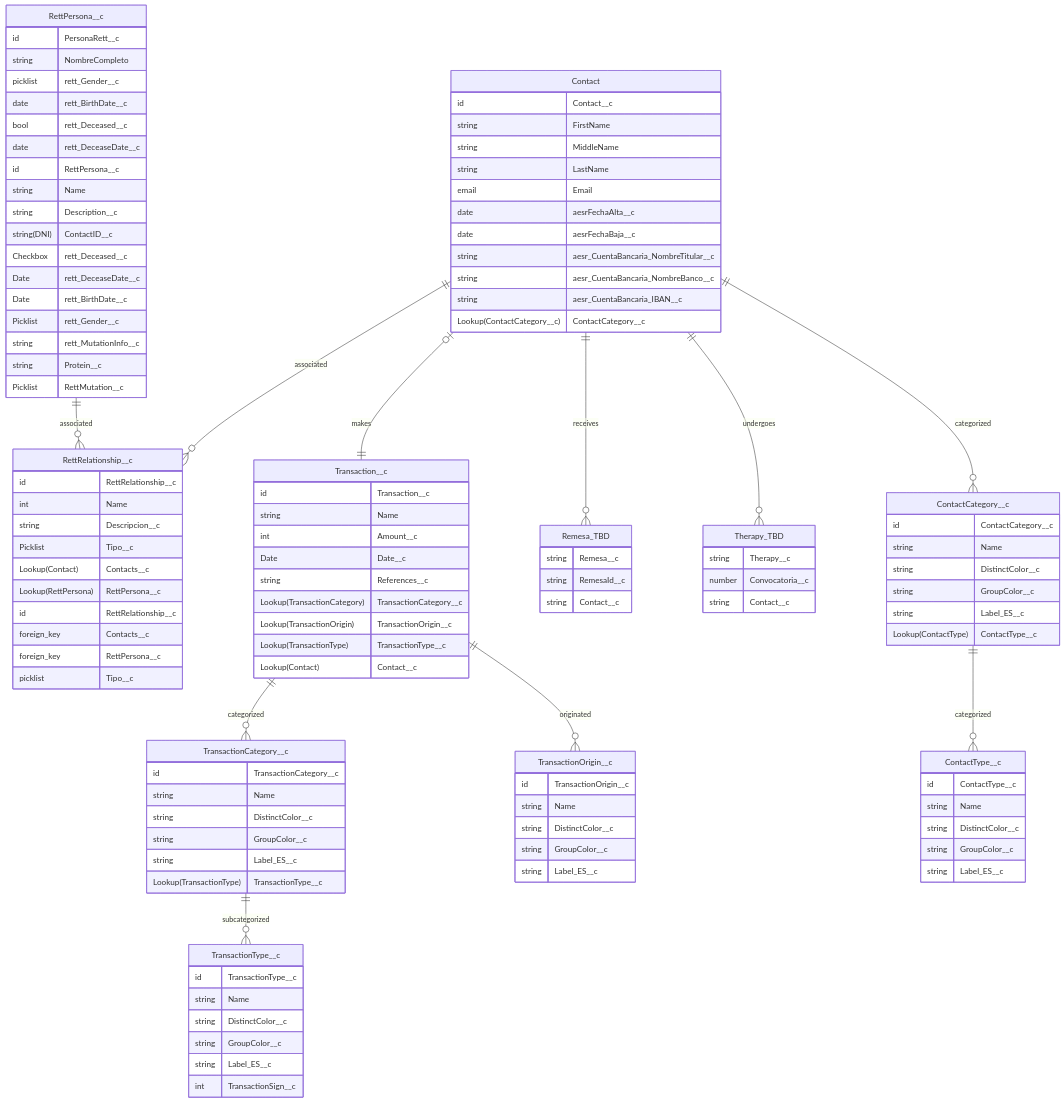
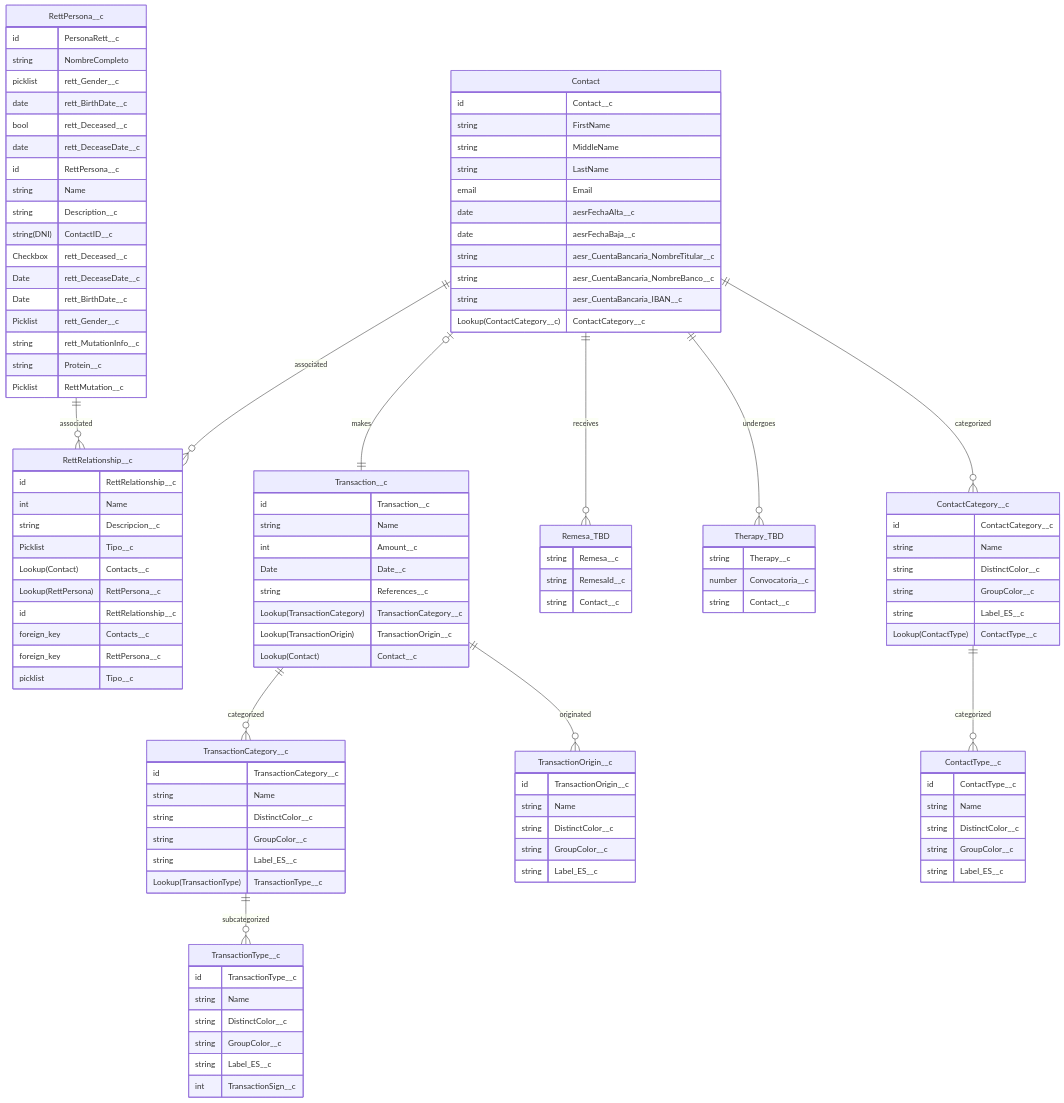
The diagram in docs/dbmodel.md (rett-spain/ngo-finance), drawn with Mermaid before and after one commit. The commit also changed 8 other files, not shown here.

```diff
--- a/docs/dbmodel.md
+++ b/docs/dbmodel.md
@@ -78,7 +78,6 @@
         string References__c
         Lookup(TransactionCategory) TransactionCategory__c
         Lookup(TransactionOrigin) TransactionOrigin__c
-        Lookup(TransactionType) TransactionType__c
         Lookup(Contact) Contact__c
     }
 
```
